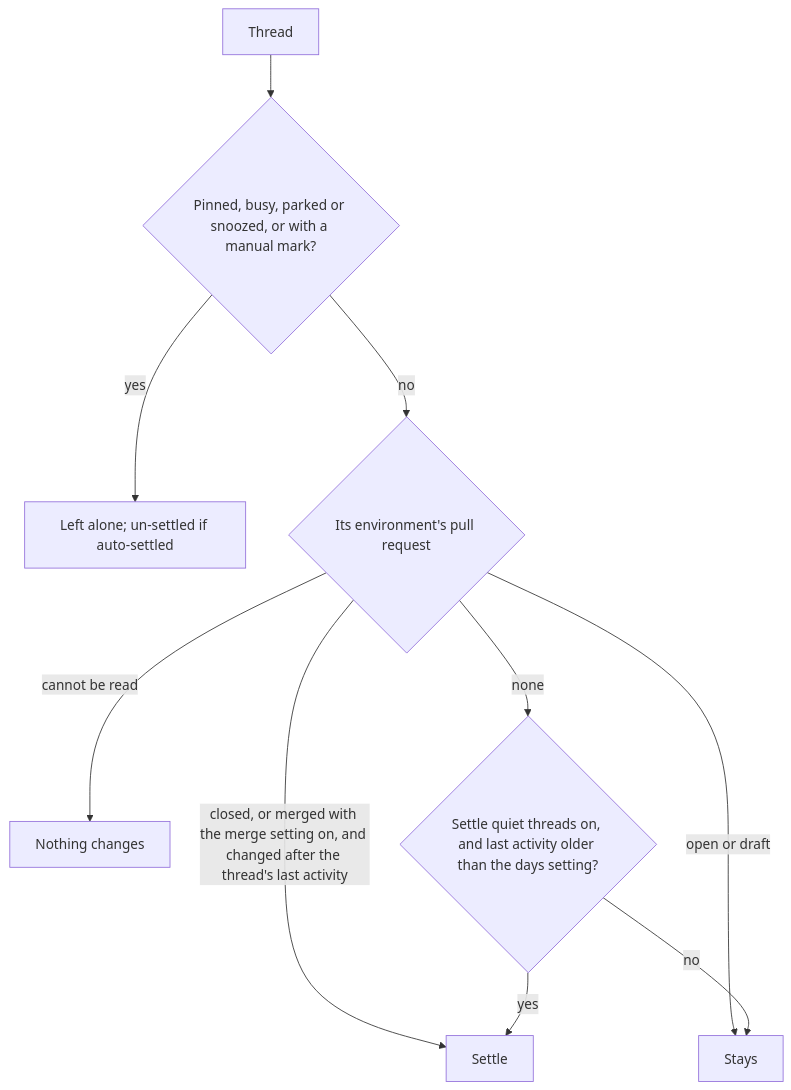
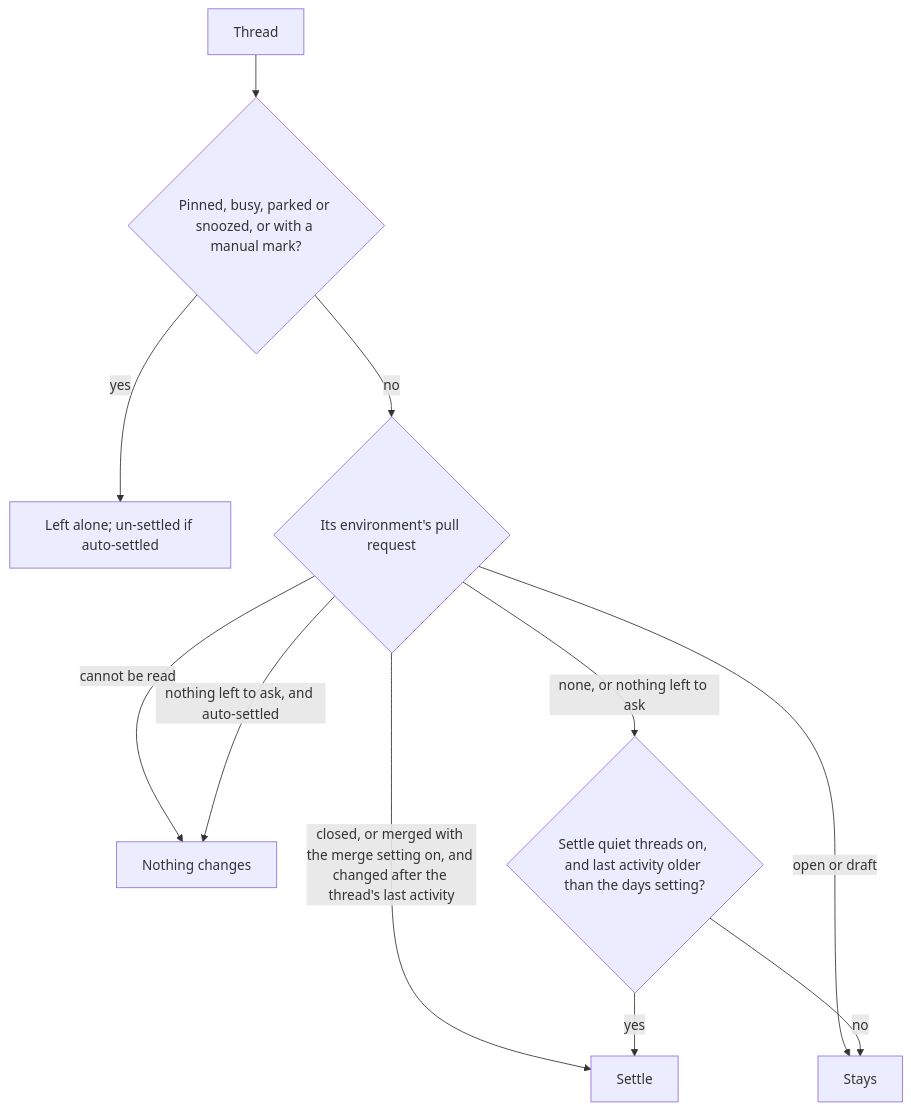
The second of 2 diagrams in docs/explanation/thread-glance-shelves.md (gperezmz/bb-plugins), drawn with Mermaid before and after one commit. The commit also changed other lines of this file and 24 other files, not shown here.

````diff
--- a/docs/explanation/thread-glance-shelves.md
+++ b/docs/explanation/thread-glance-shelves.md
@@ -52,12 +52,13 @@
 ```mermaid
 flowchart TD
   start["Thread"] --> skip{"Pinned, busy, parked or snoozed, or with a manual mark?"}
   skip -->|yes| leave["Left alone; un-settled if auto-settled"]
   skip -->|no| pr{"Its environment's pull request"}
   pr -->|"closed, or merged with the merge setting on, and changed after the thread's last activity"| settle["Settle"]
   pr -->|open or draft| stay["Stays"]
   pr -->|cannot be read| nothing["Nothing changes"]
-  pr -->|none| quiet{"Settle quiet threads on, and last activity older than the days setting?"}
+  pr -->|"nothing left to ask, and auto-settled"| nothing
+  pr -->|"none, or nothing left to ask"| quiet{"Settle quiet threads on, and last activity older than the days setting?"}
   quiet -->|yes| settle
   quiet -->|no| stay
 ```
````
